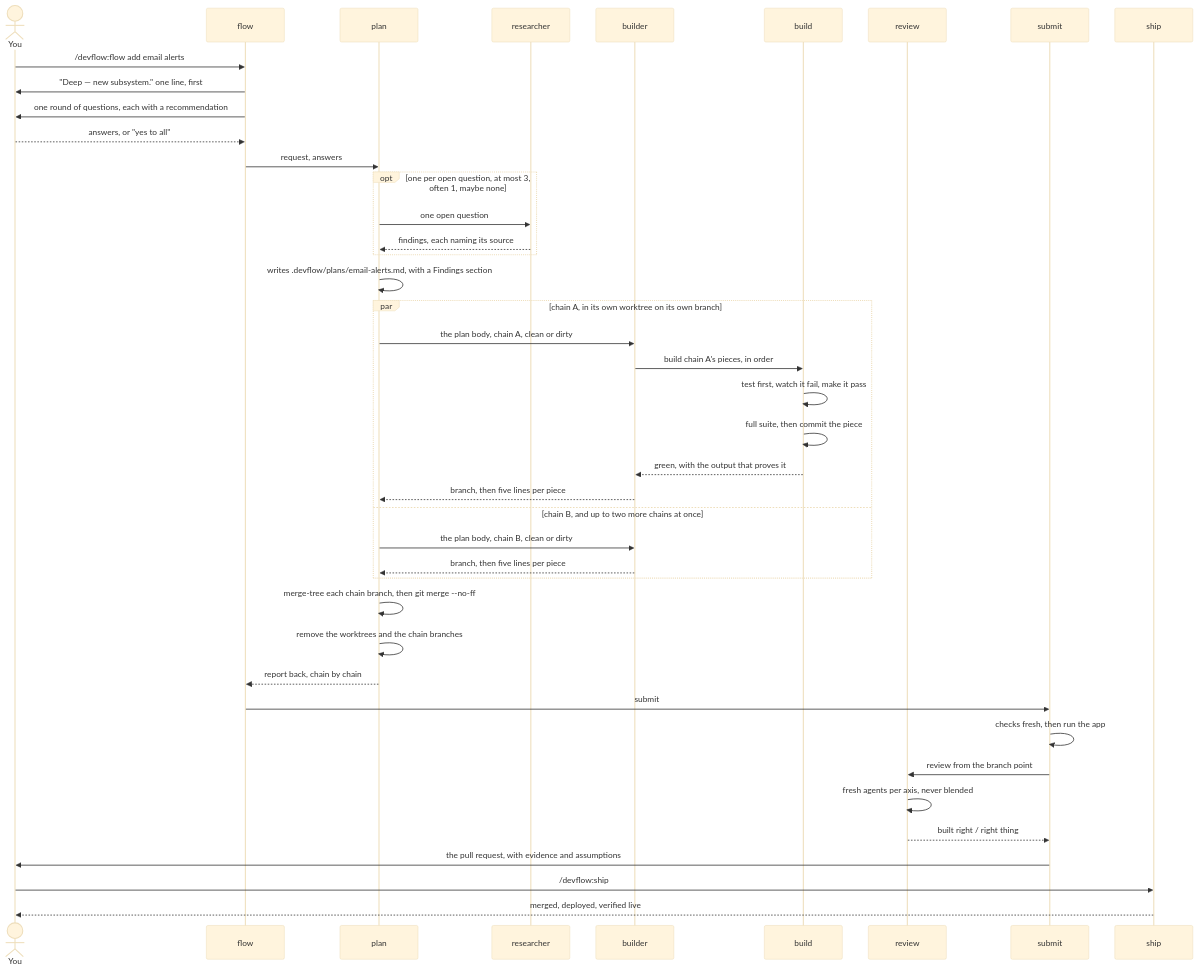
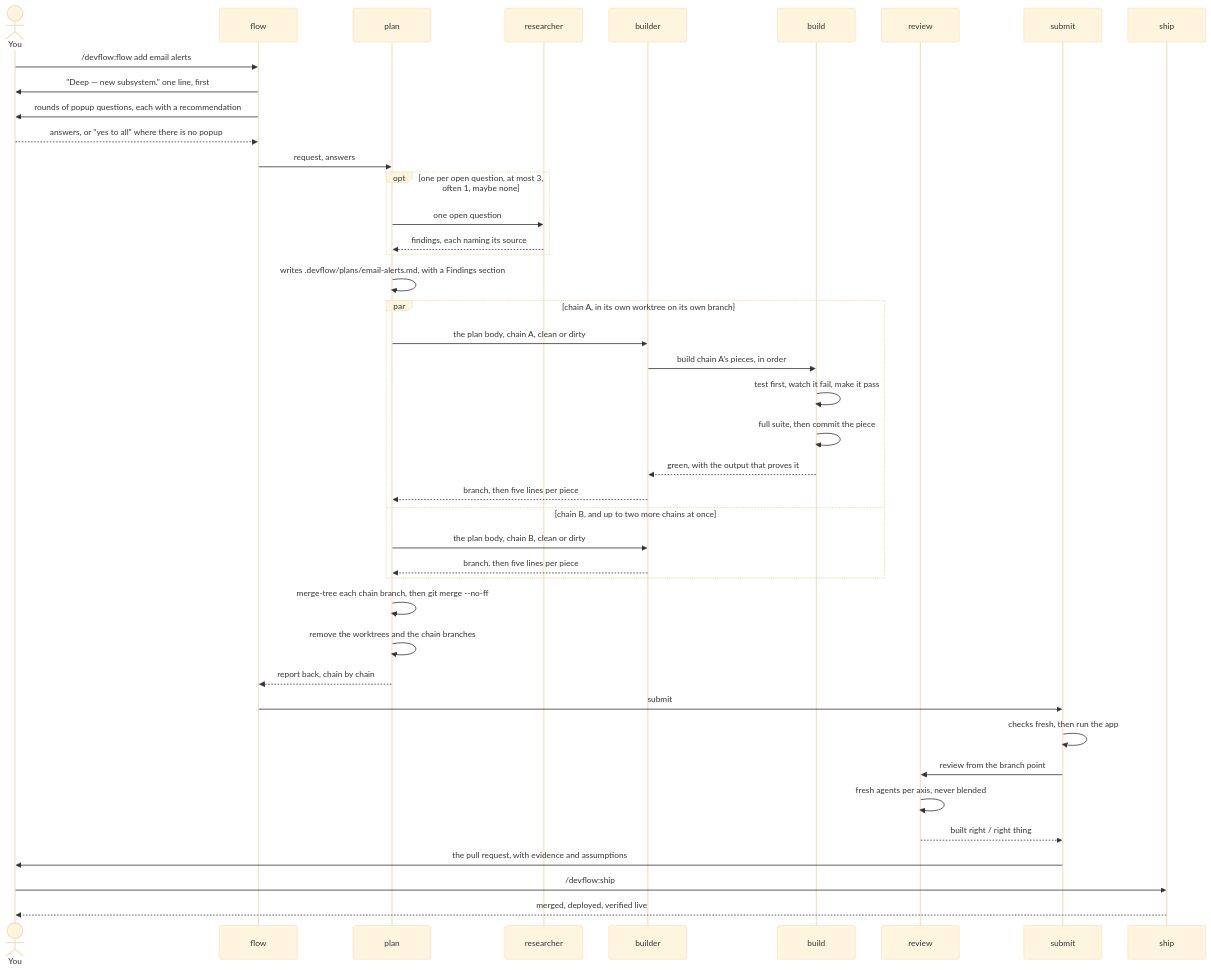
One commit to eddiechok/agent-devflow changed the second of 2 diagrams in docs/pipeline.md. Above: the diagram before and after it, drawn with Mermaid (base theme). The commit also changed other lines of this file and 16 other files, not shown here.

First line of the commit message:
feat(flow): ask in popup rounds until no answer would change the build (#98)

````diff
--- a/docs/pipeline.md
+++ b/docs/pipeline.md
@@ -95,47 +95,47 @@
 ```mermaid
 sequenceDiagram
     actor You
     participant flow
     participant plan
     participant researcher
     participant builder
     participant build
     participant review
     participant submit
     participant ship
 
     You->>flow: /devflow:flow add email alerts
     flow->>You: "Deep — new subsystem." one line, first
-    flow->>You: one round of questions, each with a recommendation
-    You-->>flow: answers, or "yes to all"
+    flow->>You: rounds of popup questions, each with a recommendation
+    You-->>flow: answers, or "yes to all" where there is no popup
     flow->>plan: request, answers
     opt one per open question, at most 3, often 1, maybe none
         plan->>researcher: one open question
         researcher-->>plan: findings, each naming its source
     end
     plan->>plan: writes .devflow/plans/email-alerts.md, with a Findings section
 
     par chain A, in its own worktree on its own branch
         plan->>builder: the plan body, chain A, clean or dirty
         builder->>build: build chain A's pieces, in order
         build->>build: test first, watch it fail, make it pass
         build->>build: full suite, then commit the piece
         build-->>builder: green, with the output that proves it
         builder-->>plan: branch, then five lines per piece
     and chain B, and up to two more chains at once
         plan->>builder: the plan body, chain B, clean or dirty
         builder-->>plan: branch, then five lines per piece
     end
 
     plan->>plan: merge-tree each chain branch, then git merge --no-ff
     plan->>plan: remove the worktrees and the chain branches
     plan-->>flow: report back, chain by chain
     flow->>submit: submit
     submit->>submit: checks fresh, then run the app
     submit->>review: review from the branch point
     review->>review: fresh agents per axis, never blended
     review-->>submit: built right / right thing
     submit->>You: the pull request, with evidence and assumptions
     You->>ship: /devflow:ship
     ship-->>You: merged, deployed, verified live
 ```
````
